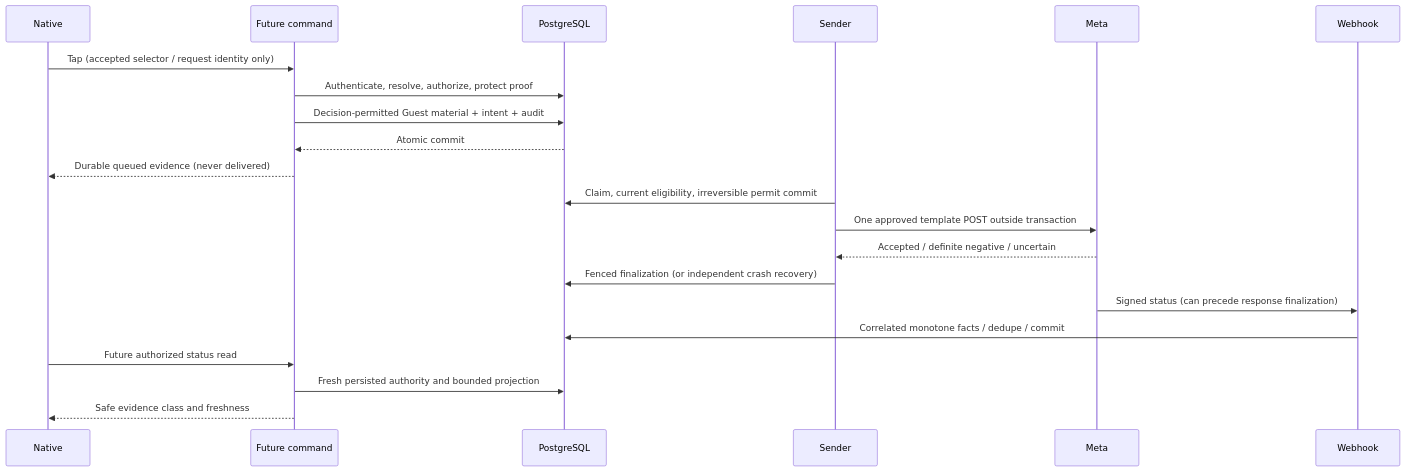
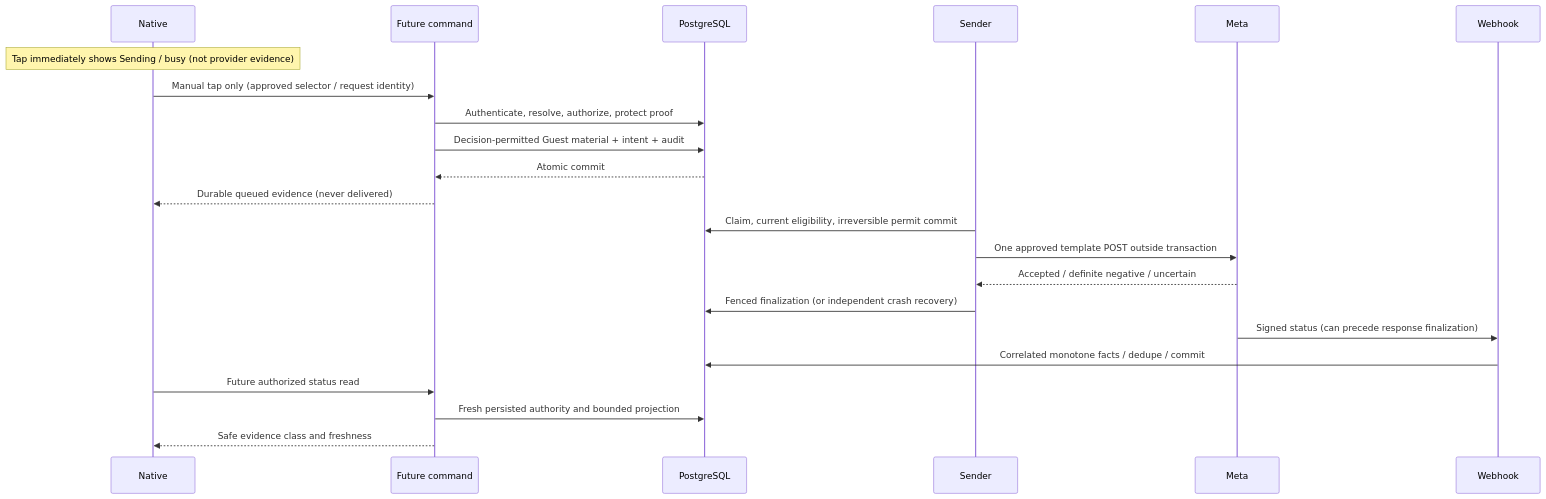
The second of 2 diagrams in docs/plans/issue-310/ISSUE_310_WHATSAPP_GUEST_ACCESS_MASTER_IMPLEMENTATION_PLAN.md (yamanradwan1-rgb/valet-platform), drawn with Mermaid before and after one commit. The commit also changed other lines of this file and 1 other file, not shown here.

````diff
--- a/docs/plans/issue-310/ISSUE_310_WHATSAPP_GUEST_ACCESS_MASTER_IMPLEMENTATION_PLAN.md
+++ b/docs/plans/issue-310/ISSUE_310_WHATSAPP_GUEST_ACCESS_MASTER_IMPLEMENTATION_PLAN.md
@@ -159,23 +164,24 @@
 ```mermaid
 sequenceDiagram
   participant N as Native
   participant A as Future command
   participant D as PostgreSQL
   participant W as Sender
   participant M as Meta
   participant H as Webhook
-  N->>A: Tap (accepted selector / request identity only)
+  Note over N: Tap immediately shows Sending / busy (not provider evidence)
+  N->>A: Manual tap only (approved selector / request identity)
   A->>D: Authenticate, resolve, authorize, protect proof
   A->>D: Decision-permitted Guest material + intent + audit
   D-->>A: Atomic commit
   A-->>N: Durable queued evidence (never delivered)
   W->>D: Claim, current eligibility, irreversible permit commit
   W->>M: One approved template POST outside transaction
   M-->>W: Accepted / definite negative / uncertain
   W->>D: Fenced finalization (or independent crash recovery)
   M->>H: Signed status (can precede response finalization)
   H->>D: Correlated monotone facts / dedupe / commit
   N->>A: Future authorized status read
   A->>D: Fresh persisted authority and bounded projection
   A-->>N: Safe evidence class and freshness
 ```
````
